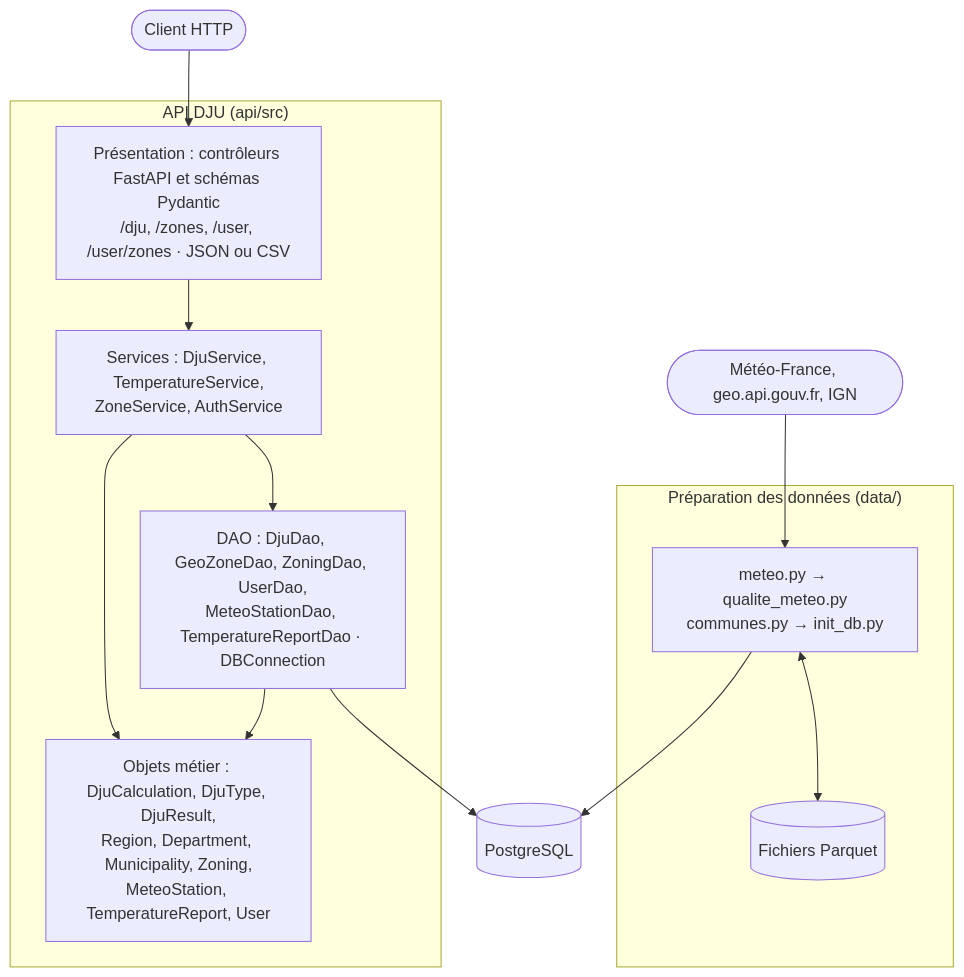
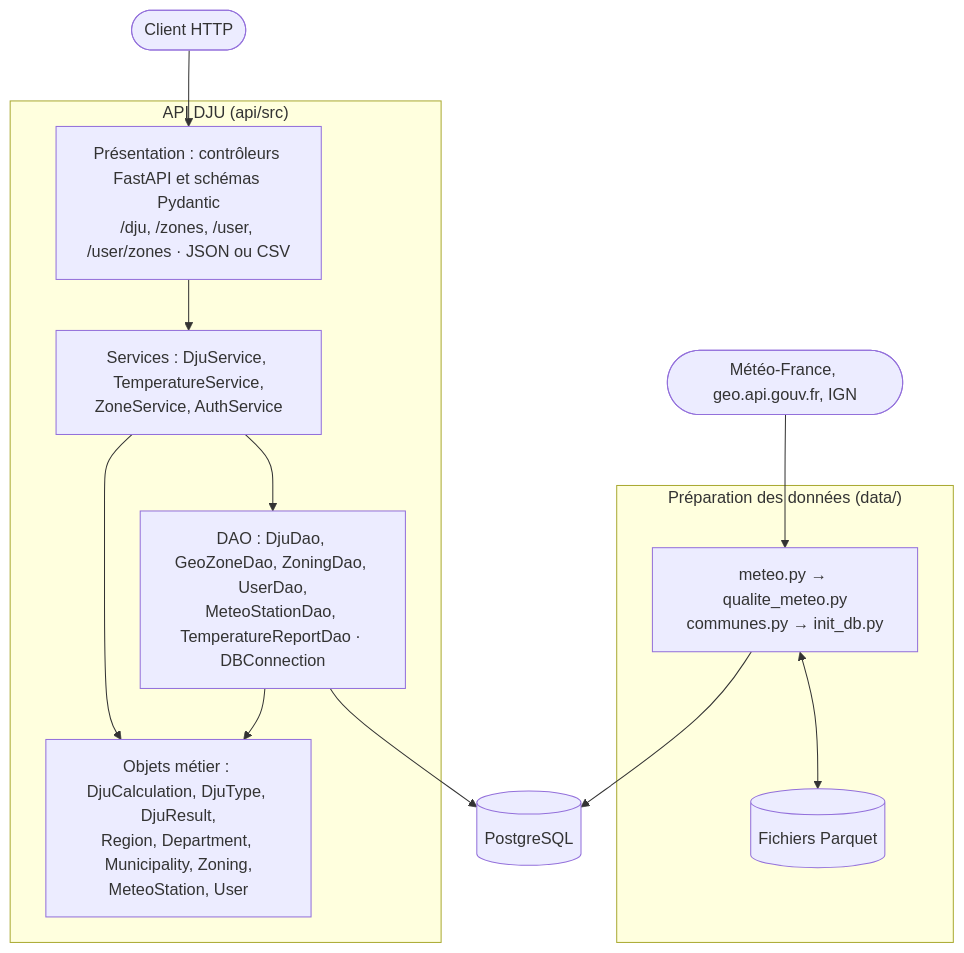
One commit to gabriel-dahan/ensai-it-project-2a-team12 changed the diagram in doc/reports/final_report/resources/mermaid/fig-architecture.mmd. Above: the diagram before and after it, drawn with Mermaid. The commit also changed 27 other files, not shown here.

```diff
--- a/doc/reports/final_report/resources/mermaid/fig-architecture.mmd
+++ b/doc/reports/final_report/resources/mermaid/fig-architecture.mmd
@@ -1,20 +1,20 @@
 flowchart TB
     client(["Client HTTP"]) --> pres
     subgraph api["API DJU (api/src)"]
         pres["Présentation : contrôleurs FastAPI et schémas Pydantic<br/>/dju, /zones, /user, /user/zones · JSON ou CSV"]
         serv["Services : DjuService, TemperatureService,<br/>ZoneService, AuthService"]
-        bo["Objets métier : DjuCalculation, DjuType, DjuResult,<br/>Region, Department, Municipality, Zoning,<br/>MeteoStation, TemperatureReport, User"]
+        bo["Objets métier : DjuCalculation, DjuType, DjuResult,<br/>Region, Department, Municipality, Zoning,<br/>MeteoStation, User"]
         dao["DAO : DjuDao, GeoZoneDao, ZoningDao, UserDao,<br/>MeteoStationDao, TemperatureReportDao · DBConnection"]
         pres --> serv
         serv --> bo
         serv --> dao
         dao --> bo
     end
     dao --> db[("PostgreSQL")]
     subgraph data["Préparation des données (data/)"]
         scripts["meteo.py → qualite_meteo.py<br/>communes.py → init_db.py"]
         pq[("Fichiers Parquet")]
         scripts <--> pq
     end
     ext(["Météo-France, geo.api.gouv.fr, IGN"]) --> scripts
     scripts --> db
```
